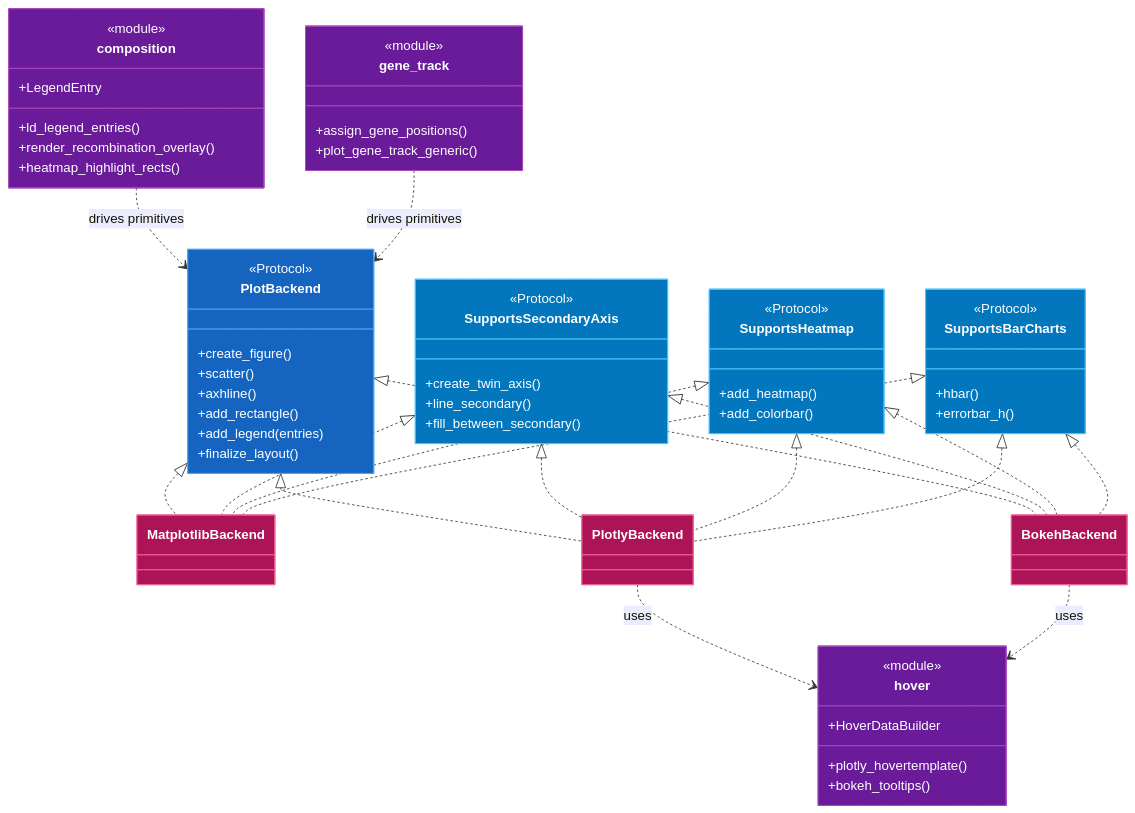
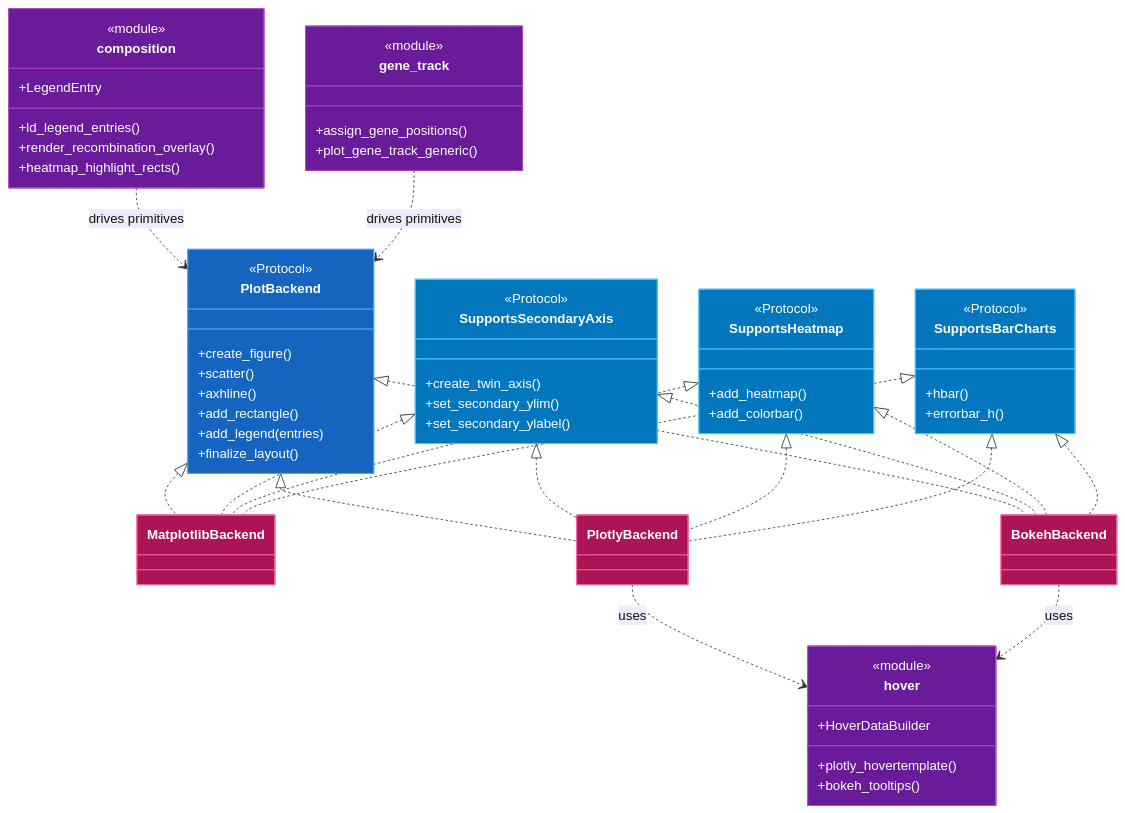
The third of 3 diagrams in docs/CODEMAP.md (michael-denyer/pyLocusZoom), drawn with Mermaid before and after one commit. The commit also changed other lines of this file and 9 other files, not shown here.

First line of the commit message:
refactor(backends): draw on the secondary axis through line and fill_between

````diff
--- a/docs/CODEMAP.md
+++ b/docs/CODEMAP.md
@@ -352,77 +352,77 @@
 ```mermaid
 classDiagram
     class PlotBackend {
         <<Protocol>>
         +create_figure()
         +scatter()
         +axhline()
         +add_rectangle()
         +add_legend(entries)
         +finalize_layout()
     }
     class SupportsSecondaryAxis {
         <<Protocol>>
         +create_twin_axis()
-        +line_secondary()
-        +fill_between_secondary()
+        +set_secondary_ylim()
+        +set_secondary_ylabel()
     }
     class SupportsHeatmap {
         <<Protocol>>
         +add_heatmap()
         +add_colorbar()
     }
     class SupportsBarCharts {
         <<Protocol>>
         +hbar()
         +errorbar_h()
     }
     class composition {
         <<module>>
         +LegendEntry
         +ld_legend_entries()
         +render_recombination_overlay()
         +heatmap_highlight_rects()
     }
     class hover {
         <<module>>
         +HoverDataBuilder
         +plotly_hovertemplate()
         +bokeh_tooltips()
     }
     class gene_track {
         <<module>>
         +assign_gene_positions()
         +plot_gene_track_generic()
     }
     class MatplotlibBackend
     class PlotlyBackend
     class BokehBackend
 
     PlotBackend <|.. MatplotlibBackend
     PlotBackend <|.. PlotlyBackend
     PlotBackend <|.. BokehBackend
     SupportsSecondaryAxis <|.. MatplotlibBackend
     SupportsSecondaryAxis <|.. PlotlyBackend
     SupportsSecondaryAxis <|.. BokehBackend
     SupportsHeatmap <|.. MatplotlibBackend
     SupportsHeatmap <|.. PlotlyBackend
     SupportsHeatmap <|.. BokehBackend
     SupportsBarCharts <|.. MatplotlibBackend
     SupportsBarCharts <|.. PlotlyBackend
     SupportsBarCharts <|.. BokehBackend
     composition ..> PlotBackend : drives primitives
     gene_track ..> PlotBackend : drives primitives
     PlotlyBackend ..> hover : uses
     BokehBackend ..> hover : uses
 
     style PlotBackend fill:#1565c0,stroke:#42a5f5,color:#ffffff
     style SupportsSecondaryAxis fill:#0277bd,stroke:#4fc3f7,color:#ffffff
     style SupportsHeatmap fill:#0277bd,stroke:#4fc3f7,color:#ffffff
     style SupportsBarCharts fill:#0277bd,stroke:#4fc3f7,color:#ffffff
     style MatplotlibBackend fill:#ad1457,stroke:#f06292,color:#ffffff
     style PlotlyBackend fill:#ad1457,stroke:#f06292,color:#ffffff
     style BokehBackend fill:#ad1457,stroke:#f06292,color:#ffffff
     style composition fill:#6a1b9a,stroke:#ab47bc,color:#ffffff
     style hover fill:#6a1b9a,stroke:#ab47bc,color:#ffffff
     style gene_track fill:#6a1b9a,stroke:#ab47bc,color:#ffffff
 ```
````
